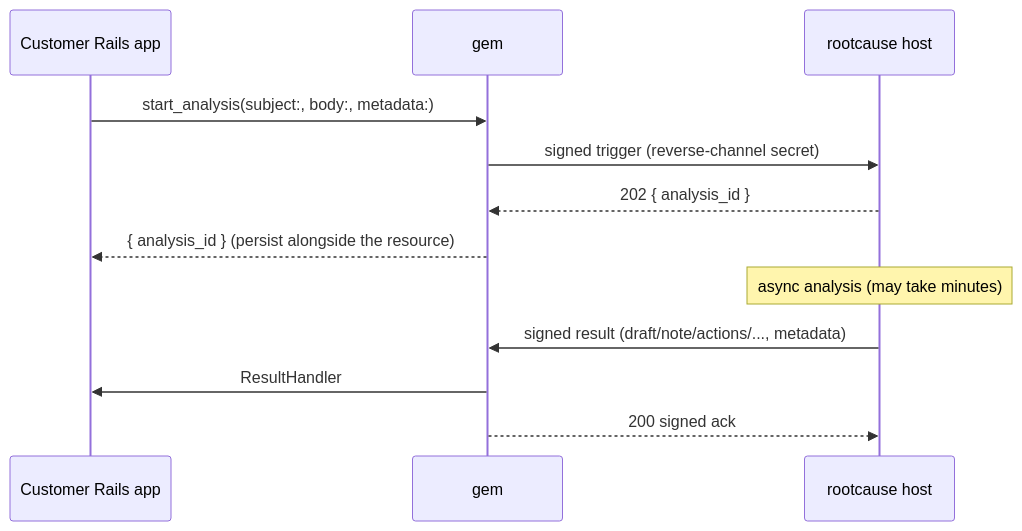
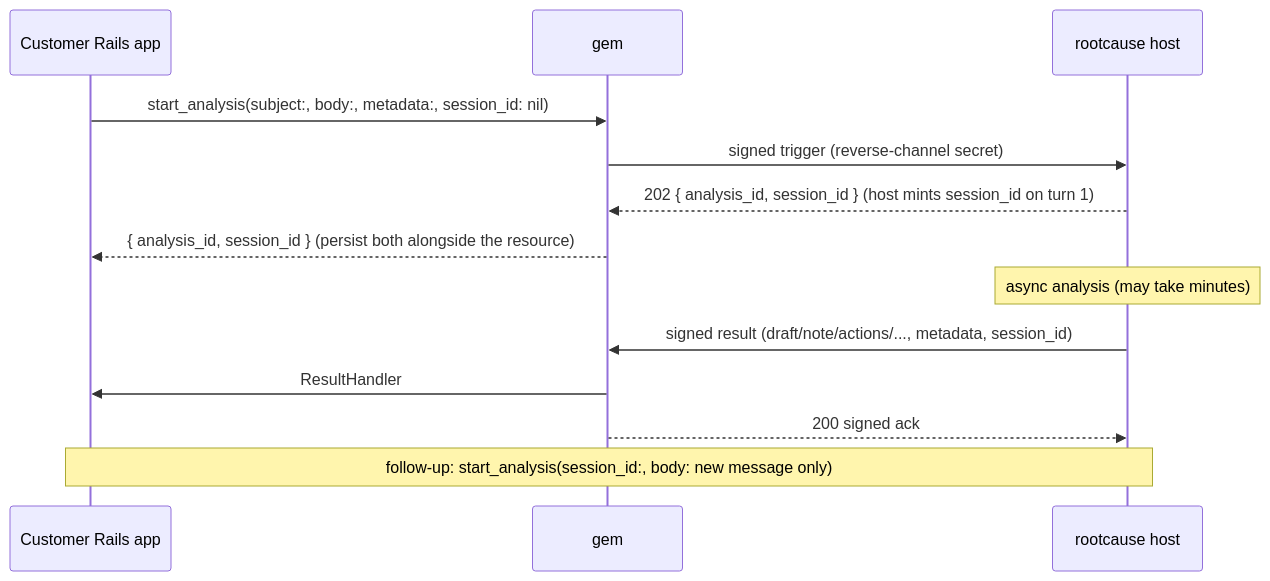
One commit to rootcause-org/rootcause-embassy-ruby changed the diagram in docs/async-analysis-spec.md. Above: the diagram before and after it, drawn with Mermaid. The commit also changed other lines of this file and 7 other files, not shown here.

First line of the commit message:
add session continuation to async analysis (host-managed history)

````diff
--- a/docs/async-analysis-spec.md
+++ b/docs/async-analysis-spec.md
@@ -32,14 +34,15 @@
 ```mermaid
 sequenceDiagram
     participant App as Customer Rails app
     participant Gem as gem
     participant RC as rootcause host
-    App->>Gem: start_analysis(subject:, body:, metadata:)
+    App->>Gem: start_analysis(subject:, body:, metadata:, session_id: nil)
     Gem->>RC: signed trigger (reverse-channel secret)
-    RC-->>Gem: 202 { analysis_id }
-    Gem-->>App: { analysis_id }   (persist alongside the resource)
+    RC-->>Gem: 202 { analysis_id, session_id }   (host mints session_id on turn 1)
+    Gem-->>App: { analysis_id, session_id }   (persist both alongside the resource)
     Note over RC: async analysis (may take minutes)
-    RC->>Gem: signed result (draft/note/actions/..., metadata)
+    RC->>Gem: signed result (draft/note/actions/..., metadata, session_id)
     Gem->>App: ResultHandler#process(result)  → burn into your records
     Gem-->>RC: 200 signed ack
+    Note over App,RC: follow-up: start_analysis(session_id:, body: new message only)
 ```
````
